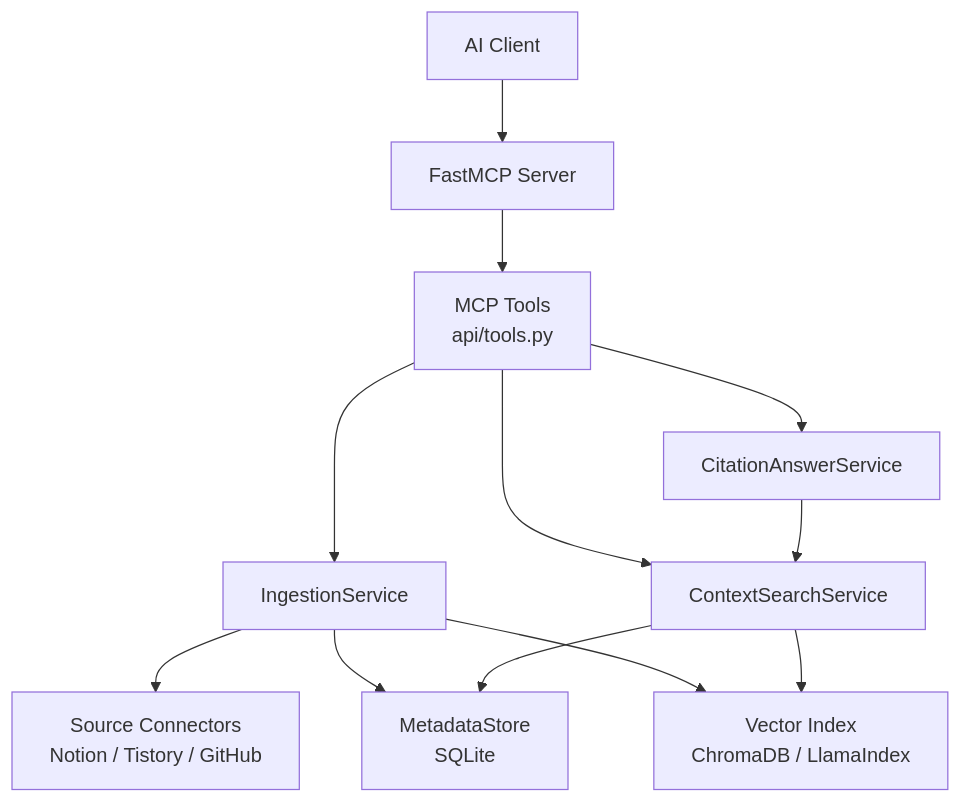
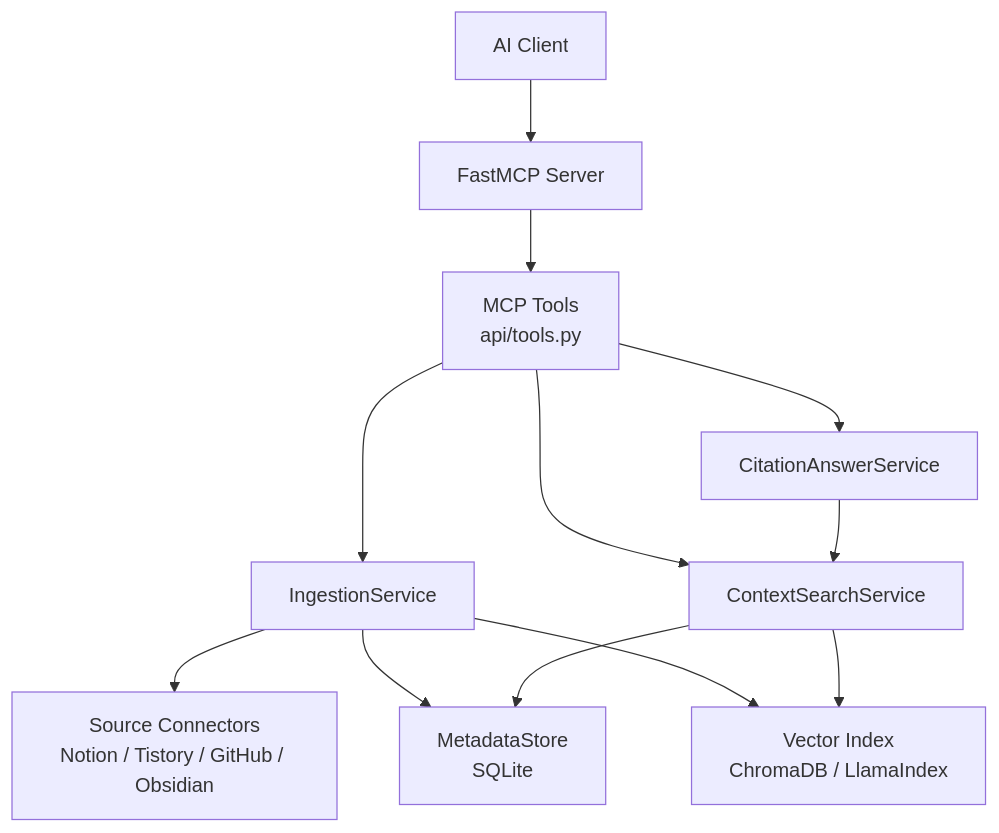
One commit to eunhwa99/MCPContentSearch changed the first of 2 diagrams in docs/contextwiki-core-understanding.md. Above: the diagram before and after it, drawn with Mermaid. The commit also changed other lines of this file and 29 other files, not shown here.

Commit message:
feat: restore obsidian source connector

````diff
--- a/docs/contextwiki-core-understanding.md
+++ b/docs/contextwiki-core-understanding.md
@@ -87,24 +109,24 @@
 ```mermaid
 flowchart TD
     Client["AI Client"]
     MCP["FastMCP Server"]
     Tools["MCP Tools<br/>api/tools.py"]
     Ingestion["IngestionService"]
     Search["ContextSearchService"]
     Answer["CitationAnswerService"]
     Store["MetadataStore<br/>SQLite"]
     Vector["Vector Index<br/>ChromaDB / LlamaIndex"]
-    Sources["Source Connectors<br/>Notion / Tistory / GitHub"]
+    Sources["Source Connectors<br/>Notion / Tistory / GitHub / Obsidian"]
 
     Client --> MCP
     MCP --> Tools
     Tools --> Ingestion
     Tools --> Search
     Tools --> Answer
     Ingestion --> Sources
     Ingestion --> Store
     Ingestion --> Vector
     Search --> Vector
     Search --> Store
     Answer --> Search
 ```
````
